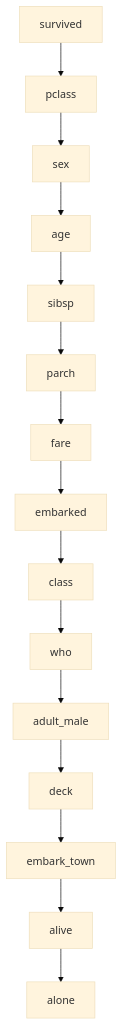
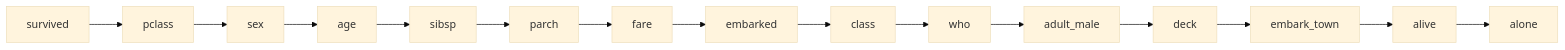
Before and after one commit to duonl/synthpop-py: the diagram in docs/source/examples/changing_the_synthesis_order.md, drawn with Mermaid (base theme). The commit also changed other lines of this file and 1 other file, not shown here.

Commit message:
remove css class, make diagram LR

````diff
--- a/docs/source/examples/changing_the_synthesis_order.md
+++ b/docs/source/examples/changing_the_synthesis_order.md
@@ -64,20 +62,20 @@
 ```{mermaid}
-flowchart TB
+flowchart LR
     A["survived"]
     B["pclass"]
     C["sex"]
     D["age"]
     E["sibsp"]
     F["parch"]
     G["fare"]
     H["embarked"]
     I["class"]
     J["who"]
     K["adult_male"]
     L["deck"]
     M["embark_town"]
     N["alive"]
     O["alone"]
 
     A-->B-->C-->D-->E-->F-->G-->H-->I-->J-->K-->L-->M-->N-->O
 ```
````
